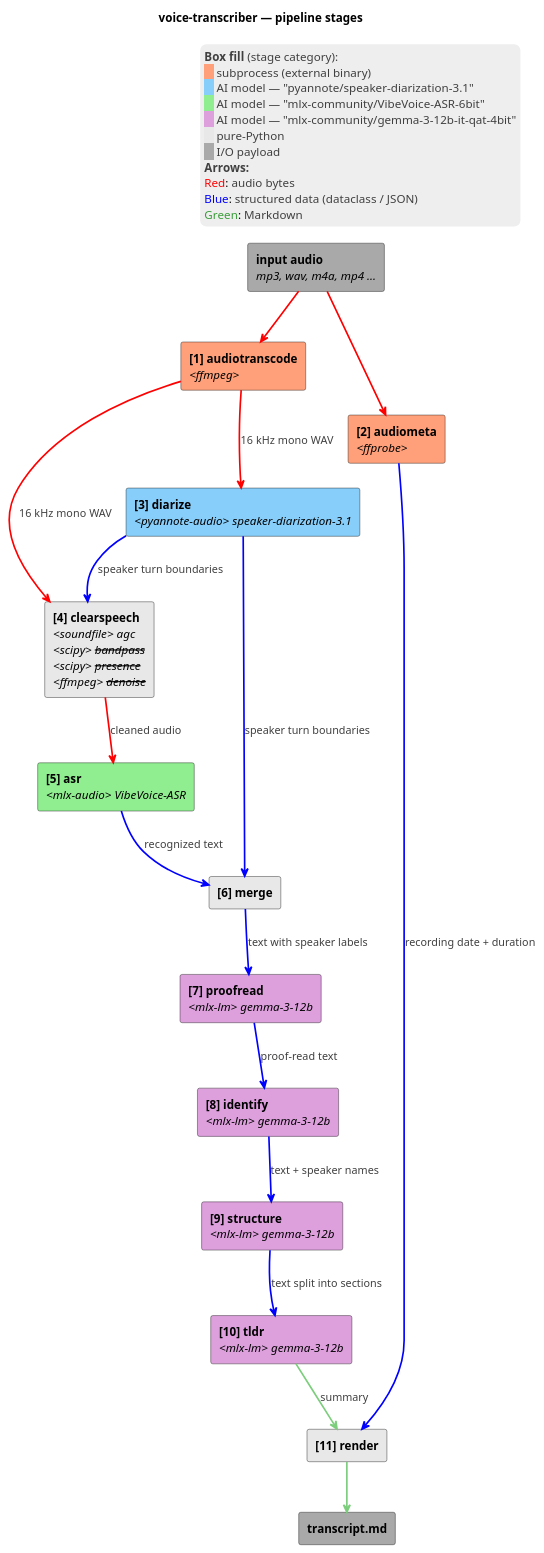
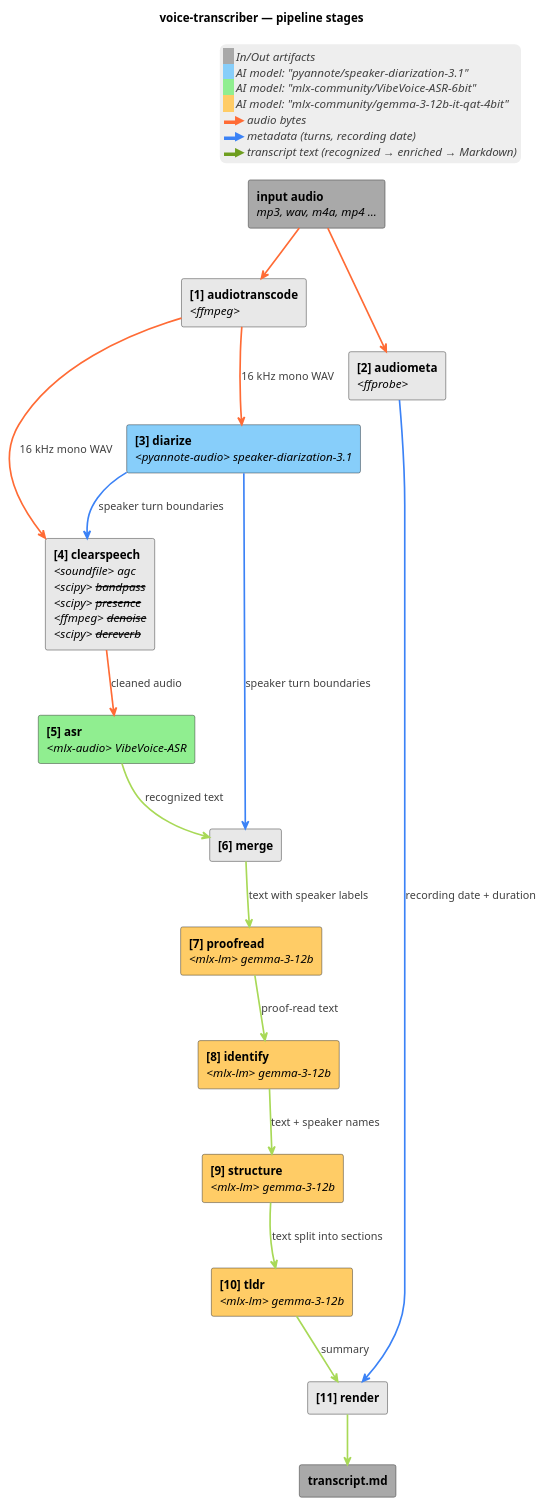
The second of 2 diagrams in docs/architecture.md (artem-from-ua/voice-transcriber), drawn with PlantUML before and after one commit. The commit also changed other lines of this file and 11 other files, not shown here.

````diff
--- a/docs/architecture.md
+++ b/docs/architecture.md
@@ -63,58 +63,54 @@
 ```plantuml
 @startuml
 title voice-transcriber — pipeline stages
 skinparam componentStyle rectangle
 skinparam ArrowThickness 2
 skinparam legendBorderColor transparent
 skinparam legendBackgroundColor #EEEEEE
 
 [<b>input audio</b>\n<i>mp3, wav, m4a, mp4 ...</i>] as Input #A9A9A9
 [<b>transcript.md</b>] as Output #A9A9A9
 
-component "<b>[1] audiotranscode</b>\n<i><ffmpeg></i>" as WAV #FFA07A
-component "<b>[2] audiometa</b>\n<i><ffprobe></i>" as FF #FFA07A
+component "<b>[1] audiotranscode</b>\n<i><ffmpeg></i>" as WAV #E8E8E8
+component "<b>[2] audiometa</b>\n<i><ffprobe></i>" as FF #E8E8E8
 component "<b>[3] diarize</b>\n<i><pyannote-audio> speaker-diarization-3.1</i>" as Diar #87CEFA
-component "<b>[4] clearspeech</b>\n<i><soundfile> agc</i>\n<i><scipy> <s>bandpass</s></i>\n<i><scipy> <s>presence</s></i>\n<i><ffmpeg> <s>denoise</s></i>" as CS #E8E8E8
+component "<b>[4] clearspeech</b>\n<i><soundfile> agc</i>\n<i><scipy> <s>bandpass</s></i>\n<i><scipy> <s>presence</s></i>\n<i><ffmpeg> <s>denoise</s></i>\n<i><scipy> <s>dereverb</s></i>" as CS #E8E8E8
 component "<b>[5] asr</b>\n<i><mlx-audio> VibeVoice-ASR</i>" as ASR #90EE90
 component "<b>[6] merge</b>" as Merge #E8E8E8
-component "<b>[7] proofread</b>\n<i><mlx-lm> gemma-3-12b</i>" as Post #DDA0DD
-component "<b>[8] identify</b>\n<i><mlx-lm> gemma-3-12b</i>" as Ident #DDA0DD
-component "<b>[9] structure</b>\n<i><mlx-lm> gemma-3-12b</i>" as Struct #DDA0DD
-component "<b>[10] tldr</b>\n<i><mlx-lm> gemma-3-12b</i>" as TLDR #DDA0DD
+component "<b>[7] proofread</b>\n<i><mlx-lm> gemma-3-12b</i>" as Post #FFCC66
+component "<b>[8] identify</b>\n<i><mlx-lm> gemma-3-12b</i>" as Ident #FFCC66
+component "<b>[9] structure</b>\n<i><mlx-lm> gemma-3-12b</i>" as Struct #FFCC66
+component "<b>[10] tldr</b>\n<i><mlx-lm> gemma-3-12b</i>" as TLDR #FFCC66
 component "<b>[11] render</b>" as Render #E8E8E8
 
-Input -[#red]-> FF
-Input -[#red]-> WAV
+Input -[#FF6B35]-> FF
+Input -[#FF6B35]-> WAV
 
-WAV -[#red]-> Diar : <color:#404040>16 kHz mono WAV</color>
-WAV -[#red]-> CS : <color:#404040>16 kHz mono WAV</color>
-Diar -[#blue]-> CS : <color:#404040>speaker turn boundaries</color>
-CS -[#red]-> ASR : <color:#404040>cleaned audio</color>
+WAV -[#FF6B35]-> Diar : <color:#404040>16 kHz mono WAV</color>
+WAV -[#FF6B35]-> CS : <color:#404040>16 kHz mono WAV</color>
+Diar -[#3B82F6]-> CS : <color:#404040>speaker turn boundaries</color>
+CS -[#FF6B35]-> ASR : <color:#404040>cleaned audio</color>
 
-ASR -[#blue]-> Merge : <color:#404040>recognized text</color>
-Diar -[#blue]-> Merge : <color:#404040>speaker turn boundaries</color>
+ASR -[#A8D957]-> Merge : <color:#404040>recognized text</color>
+Diar -[#3B82F6]-> Merge : <color:#404040>speaker turn boundaries</color>
 
-Merge -[#blue]-> Post : <color:#404040>text with speaker labels</color>
-Post -[#blue]-> Ident : <color:#404040>proof-read text</color>
-Ident -[#blue]-> Struct : <color:#404040>text + speaker names</color>
-Struct -[#blue]-> TLDR : <color:#404040>text split into sections</color>
+Merge -[#A8D957]-> Post : <color:#404040>text with speaker labels</color>
+Post -[#A8D957]-> Ident : <color:#404040>proof-read text</color>
+Ident -[#A8D957]-> Struct : <color:#404040>text + speaker names</color>
+Struct -[#A8D957]-> TLDR : <color:#404040>text split into sections</color>
 
-FF -[#blue]-> Render : <color:#404040>recording date + duration</color>
-TLDR -[#7CCD7C]-> Render : <color:#404040>summary</color>
-Render -[#7CCD7C]-> Output
+FF -[#3B82F6]-> Render : <color:#404040>recording date + duration</color>
+TLDR -[#A8D957]-> Render : <color:#404040>summary</color>
+Render -[#A8D957]-> Output
 
 legend top right
-  <color:#404040>**Box fill** (stage category):</color>
-  <back:#FFA07A>   </back> <color:#404040>subprocess (external binary)</color>
-  <back:#87CEFA>   </back> <color:#404040>AI model — "pyannote/speaker-diarization-3.1"</color>
-  <back:#90EE90>   </back> <color:#404040>AI model — "mlx-community/VibeVoice-ASR-6bit"</color>
-  <back:#DDA0DD>   </back> <color:#404040>AI model — "mlx-community/gemma-3-12b-it-qat-4bit"</color>
-  <back:#E8E8E8>   </back> <color:#404040>pure-Python</color>
-  <back:#A9A9A9>   </back> <color:#404040>I/O payload</color>
-  <color:#404040>**Arrows:**</color>
-  <color:red>Red</color>: <color:#404040>audio bytes</color>
-  <color:blue>Blue</color>: <color:#404040>structured data (dataclass / JSON)</color>
-  <color:#3A9D3A>Green</color>: <color:#404040>Markdown</color>
+  <back:#A9A9A9>   </back> <i><color:#404040>In/Out artifacts</color></i>
+  <back:#87CEFA>   </back> <i><color:#404040>AI model: "pyannote/speaker-diarization-3.1"</color></i>
+  <back:#90EE90>   </back> <i><color:#404040>AI model: "mlx-community/VibeVoice-ASR-6bit"</color></i>
+  <back:#FFCC66>   </back> <i><color:#404040>AI model: "mlx-community/gemma-3-12b-it-qat-4bit"</color></i>
+  <color:#FF6B35>**▬▶**</color> <i><color:#404040>audio bytes</color></i>
+  <color:#3B82F6>**▬▶**</color> <i><color:#404040>metadata (turns, recording date)</color></i>
+  <color:#6E9E1F>**▬▶**</color> <i><color:#404040>transcript text (recognized → enriched → Markdown)</color></i>
 end legend
 @enduml
 ```
````
